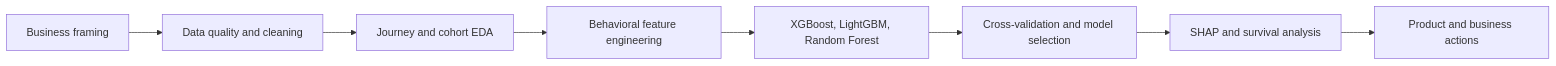
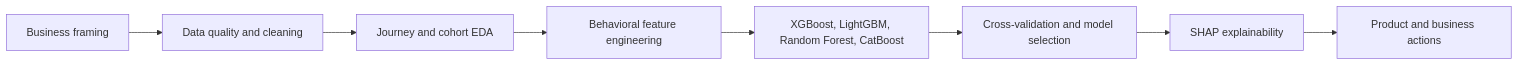
The diagram in README.md (ankhanhwork/gcontest-2025-champion-digital-banking-attrition), drawn with Mermaid before and after one commit. The commit also changed other lines of this file and 10 other files, not shown here.

````diff
--- a/README.md
+++ b/README.md
@@ -90,10 +89,10 @@
 ```mermaid
 flowchart LR
     A["Business framing"] --> B["Data quality and cleaning"]
     B --> C["Journey and cohort EDA"]
     C --> D["Behavioral feature engineering"]
-    D --> E["XGBoost, LightGBM, Random Forest"]
+    D --> E["XGBoost, LightGBM, Random Forest, CatBoost"]
     E --> F["Cross-validation and model selection"]
-    F --> G["SHAP and survival analysis"]
+    F --> G["SHAP explainability"]
     G --> H["Product and business actions"]
 ```
````
